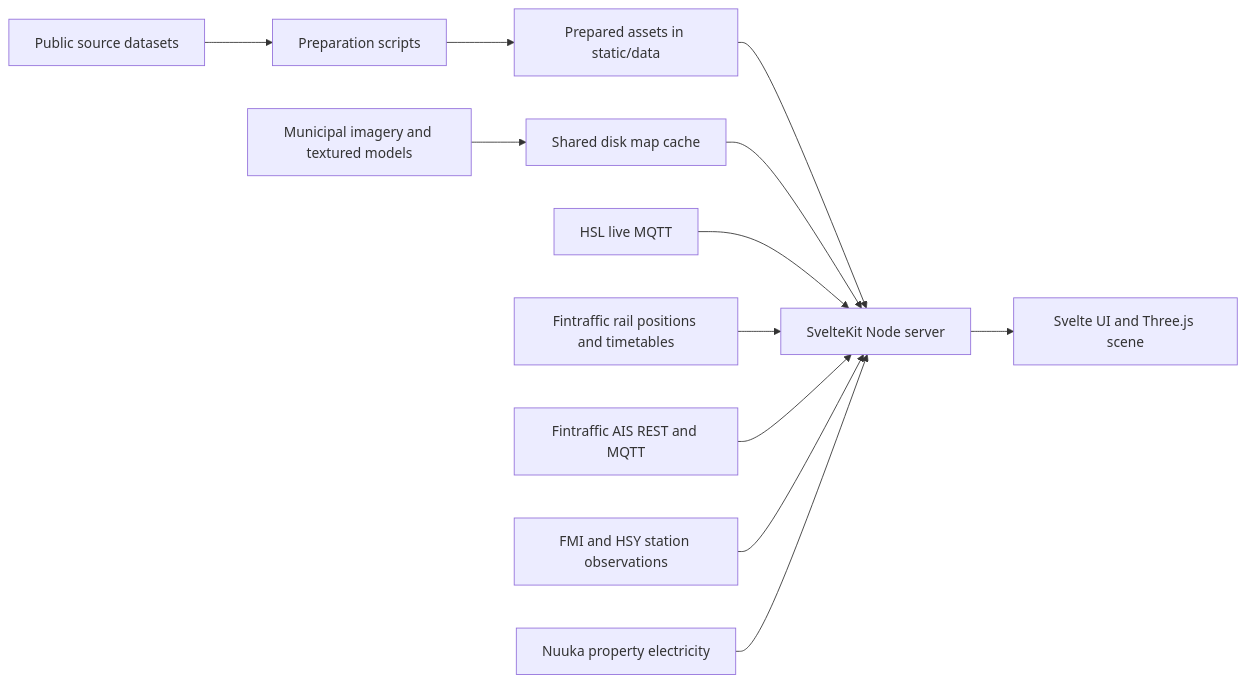
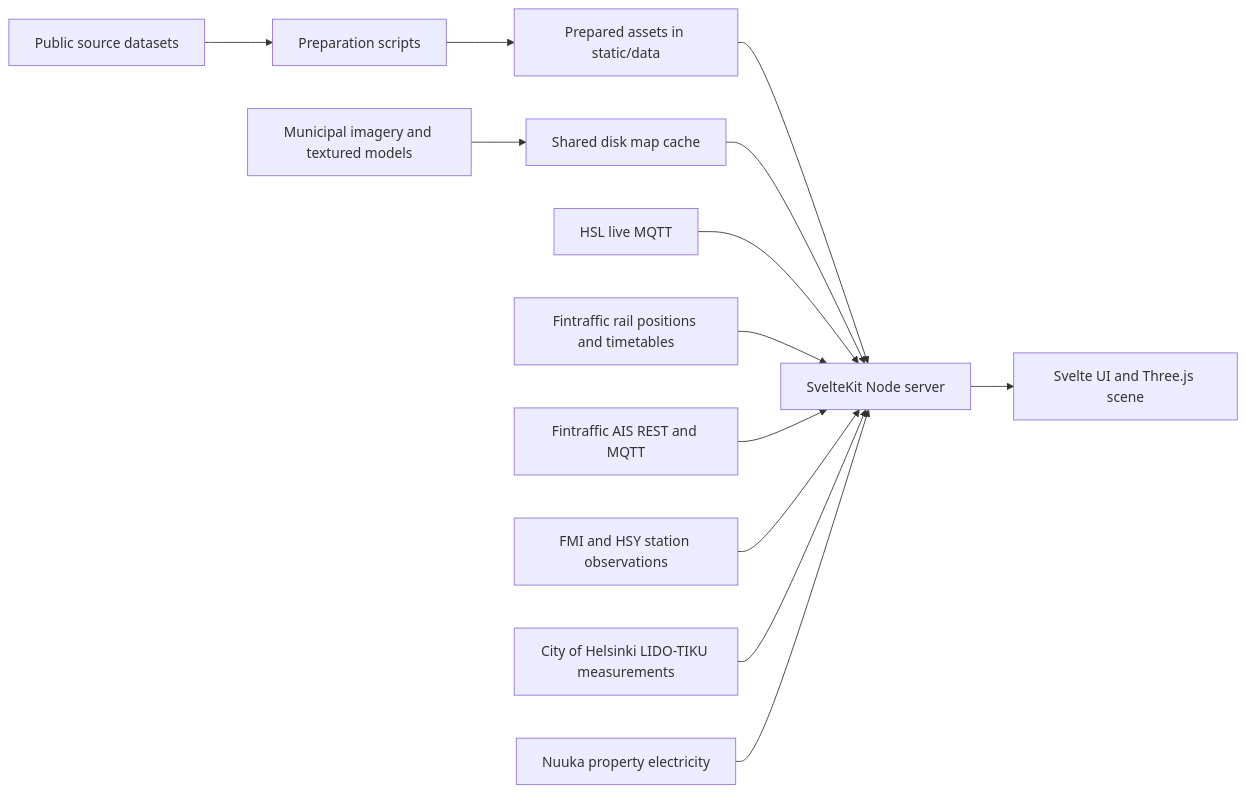
The diagram in README.md (getodacu/helsinki-dt), drawn with Mermaid before and after one commit. The commit also changed other lines of this file and 29 other files, not shown here.

Commit message:
feat: integrate Helsinki traffic measurements and document sources

````diff
--- a/README.md
+++ b/README.md
@@ -108,14 +108,15 @@
 ```mermaid
 flowchart LR
     Sources[Public source datasets] --> Preparation[Preparation scripts]
     Preparation --> Prepared[Prepared assets in static/data]
     Prepared --> App[SvelteKit Node server]
     Municipal[Municipal imagery and textured models] --> Cache[Shared disk map cache]
     Cache --> App
     HSL[HSL live MQTT] --> App
     Rail[Fintraffic rail positions and timetables] --> App
     AIS[Fintraffic AIS REST and MQTT] --> App
     Observations[FMI and HSY station observations] --> App
+    Counters[City of Helsinki LIDO-TIKU measurements] --> App
     Nuuka[Nuuka property electricity] --> App
     App --> Browser[Svelte UI and Three.js scene]
 ```
````
